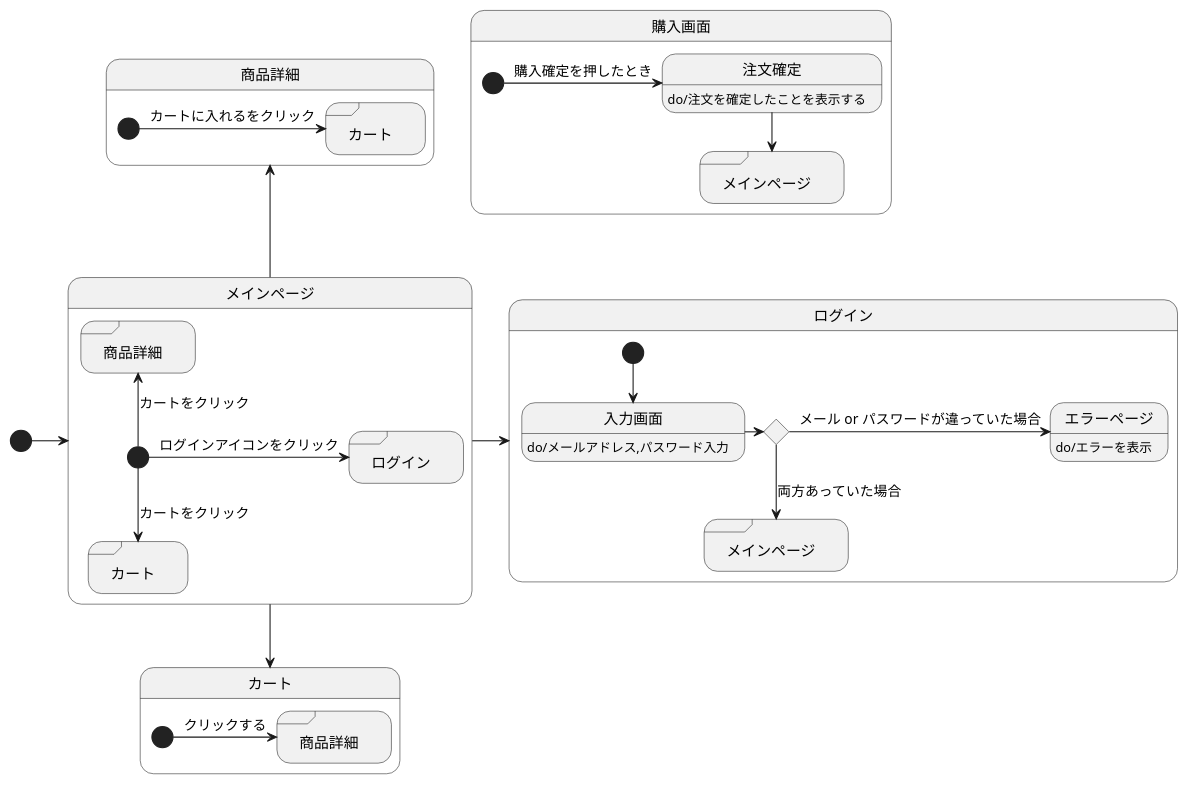
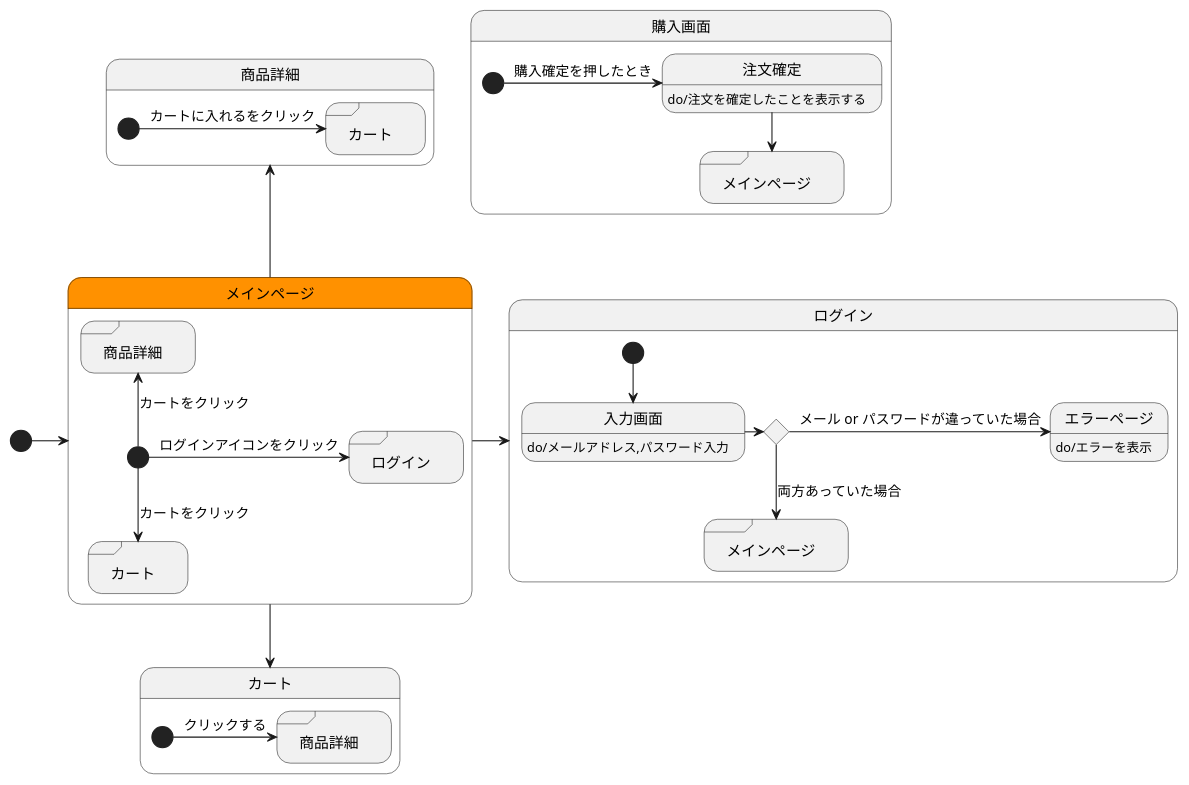
One commit to akutori/T-D-E changed the diagram in UML.md. Above: the diagram before and after it, drawn with PlantUML.

Commit message:
コードの位置を変更

````diff
--- a/UML.md
+++ b/UML.md
@@ -1,55 +1,57 @@
 ```uml
 @startuml
 
-state メインページ #ff9100
+
 
 
 [*]->メインページ
 メインページ->ログイン
 メインページ-->カート
 メインページ-up->商品詳細
 
 state メインページ{
 state "ログイン" as rogininmainpage  <<sdlreceive>>
 state "カート" as cartinmainpage <<sdlreceive>>
 state "商品詳細" as goodsdetailinmainpage <<sdlreceive>>
     [*]-> rogininmainpage :ログインアイコンをクリック
     [*]--> cartinmainpage :カートをクリック
     [*]-up-> goodsdetailinmainpage :カートをクリック
 }
 
 state ログイン{
 state input <<choice>>
 state "メインページ" as mainpageinrogin<<sdlreceive>>
 
 入力画面:do/メールアドレス,パスワード入力
 エラーページ:do/エラーを表示
     [*]--> 入力画面
     入力画面->input
     input->エラーページ:メール or パスワードが違っていた場合
     input-->mainpageinrogin : 両方あっていた場合
 
 }
 
 state 購入画面{
 state "メインページ" as mainpageingoodsdetail<<sdlreceive>>
 注文確定:do/注文を確定したことを表示する
     [*]->注文確定 :購入確定を押したとき
     注文確定-->mainpageingoodsdetail
 }
 
 
 state カート{
 state "商品詳細" as goodsdetailincart <<sdlreceive>>
 
     [*]->goodsdetailincart :クリックする
 }
 
 state 商品詳細{
 state "カート" as cartingoodsdetail <<sdlreceive>>
 
     [*]->cartingoodsdetail :カートに入れるをクリック
 }
 
+state メインページ #ff9100
+
 @enduml
 ```
````
